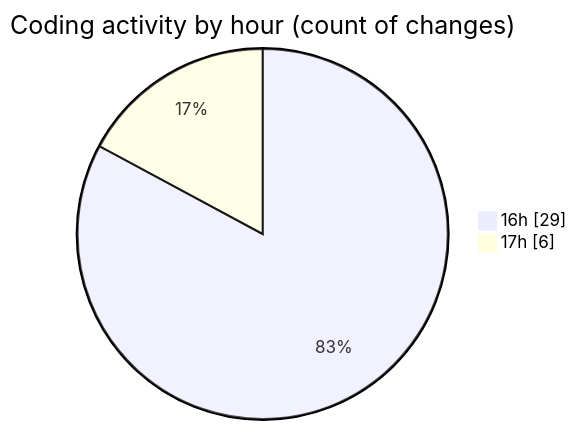
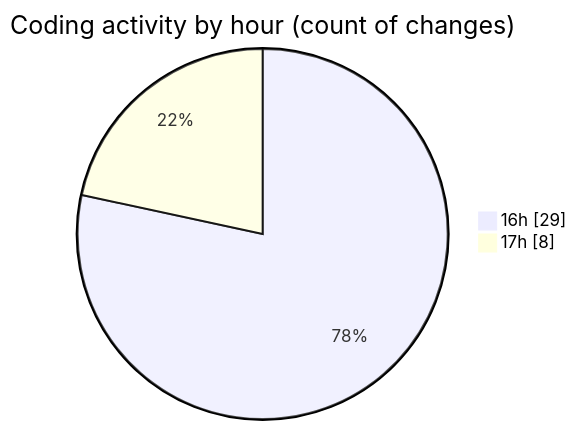
Before and after one commit to Netris89/code-tracking: the second of 2 diagrams in 2025-11-01/skintrack/README.md, drawn with Mermaid. The commit also changed other lines of this file and 1 other file, not shown here.

````diff
--- a/2025-11-01/skintrack/README.md
+++ b/2025-11-01/skintrack/README.md
@@ -31,6 +32,6 @@
 ```mermaid
 pie showData
 title Coding activity by hour (count of changes)
 "16h" : 29
-"17h" : 6
+"17h" : 8
 ```
````
